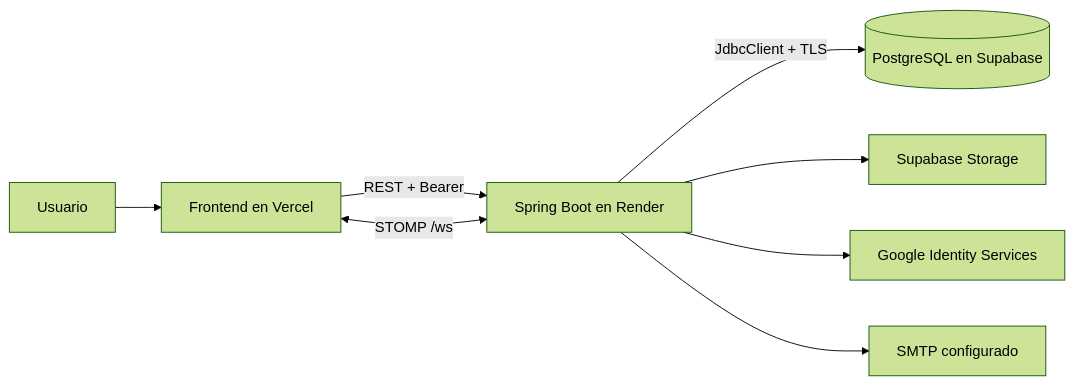
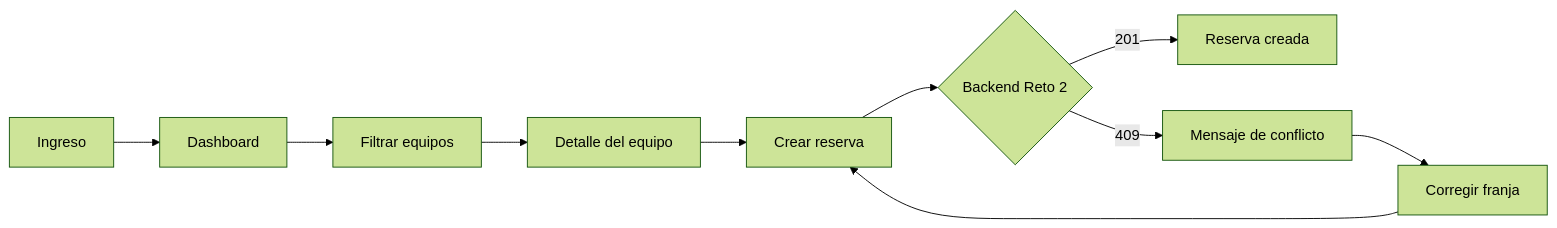
One commit to lisudea/technical-test-2026-2 changed the fourth of 19 diagrams in lisource-frontend/README.md. Above: the diagram before and after it, drawn with Mermaid (forest theme). The commit also changed other lines of this file and 1 other file, not shown here.

Commit message:
docs(frontend): refine project documentation

````diff
--- a/lisource-frontend/README.md
+++ b/lisource-frontend/README.md
@@ -344,10 +286,12 @@
 ```mermaid
 flowchart LR
-  U[Usuario] --> FE[Frontend en Vercel]
-  FE -->|REST + Bearer| API[Spring Boot en Render]
-  FE <-->|STOMP /ws| API
-  API -->|JdbcClient + TLS| DB[(PostgreSQL en Supabase)]
-  API --> Storage[Supabase Storage]
-  API --> Google[Google Identity Services]
-  API --> Mail[SMTP configurado]
+  Login[Ingreso] --> Dashboard[Dashboard]
+  Dashboard --> Filtros[Filtrar equipos]
+  Filtros --> Detalle[Detalle del equipo]
+  Detalle --> Reserva[Crear reserva]
+  Reserva --> Backend{Backend Reto 2}
+  Backend -->|201| Exito[Reserva creada]
+  Backend -->|409| Conflicto[Mensaje de conflicto]
+  Conflicto --> Correccion[Corregir franja]
+  Correccion --> Reserva
 ```
````
